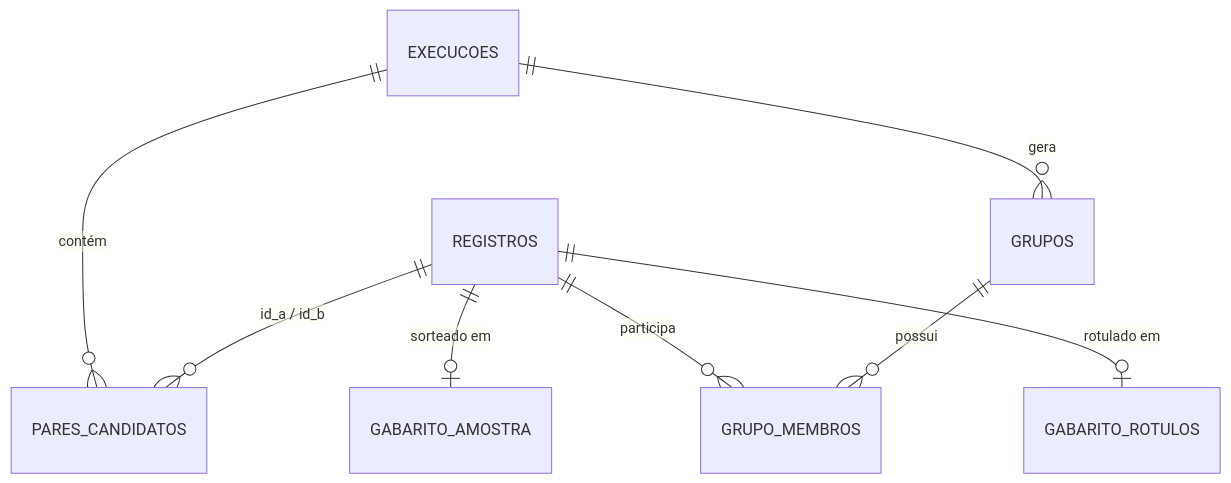
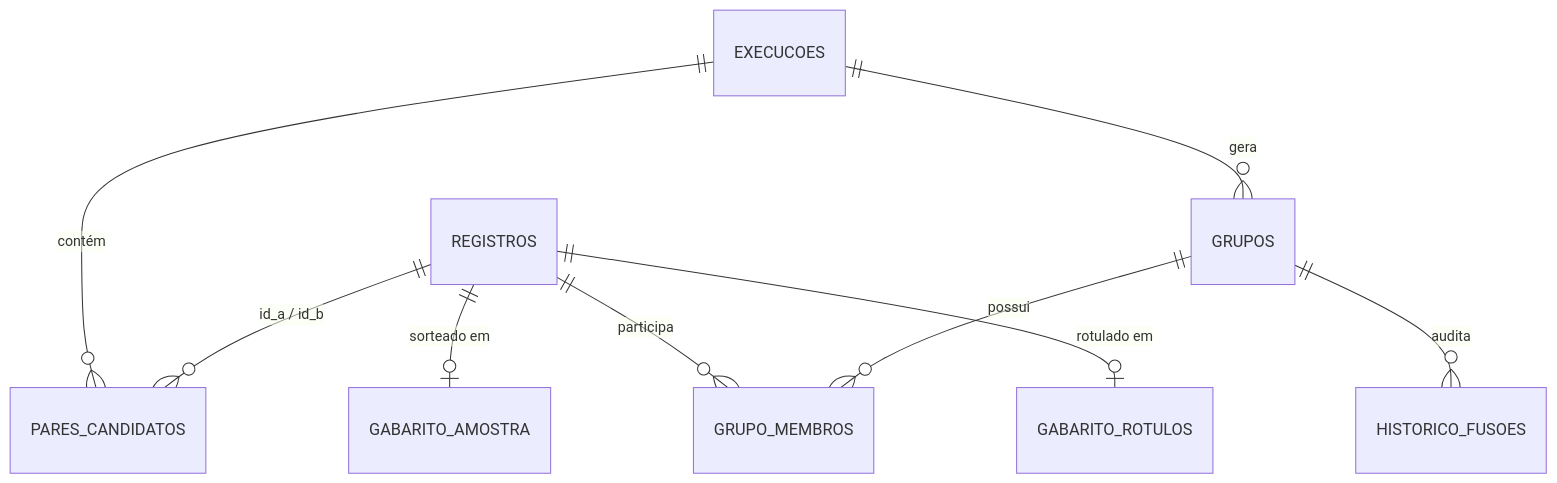
The second of 2 diagrams in docs/architecture/pipeline-deduplicacao.md (Everton123o/cadastros-clientes-desafio), drawn with Mermaid before and after one commit. The commit also changed other lines of this file and 7 other files, not shown here.

````diff
--- a/docs/architecture/pipeline-deduplicacao.md
+++ b/docs/architecture/pipeline-deduplicacao.md
@@ -27,10 +27,11 @@
 ```mermaid
 erDiagram
     REGISTROS ||--o{ PARES_CANDIDATOS : "id_a / id_b"
     EXECUCOES ||--o{ PARES_CANDIDATOS : "contém"
     EXECUCOES ||--o{ GRUPOS : "gera"
     GRUPOS ||--o{ GRUPO_MEMBROS : "possui"
+    GRUPOS ||--o{ HISTORICO_FUSOES : "audita"
     REGISTROS ||--o{ GRUPO_MEMBROS : "participa"
     REGISTROS ||--o| GABARITO_AMOSTRA : "sorteado em"
     REGISTROS ||--o| GABARITO_ROTULOS : "rotulado em"
 ```
````
